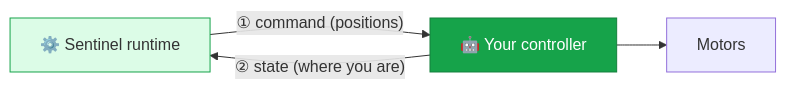
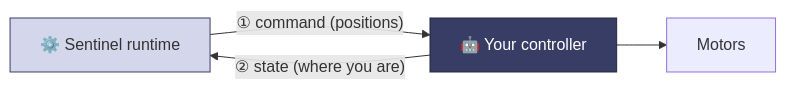
The first of 2 diagrams in integration/robot-adapter.mdx (avearobotics/docs), drawn with Mermaid before and after one commit. The commit also changed 20 other files, not shown here.

````diff
--- a/integration/robot-adapter.mdx
+++ b/integration/robot-adapter.mdx
@@ -12,12 +12,12 @@
 ```mermaid
 flowchart LR
     RT["⚙️ Sentinel runtime"]
     YOU["🤖 Your controller"]
 
     RT -->|"① command (positions)"| YOU
     YOU -->|"② state (where you are)"| RT
     YOU --> HW["Motors"]
 
-    style RT fill:#dcfce7,stroke:#16A34A
-    style YOU fill:#16A34A,color:#fff,stroke:#15803D
+    style RT fill:#d4d7ec,stroke:#383d66
+    style YOU fill:#383d66,color:#fff,stroke:#252840
 ```
````
